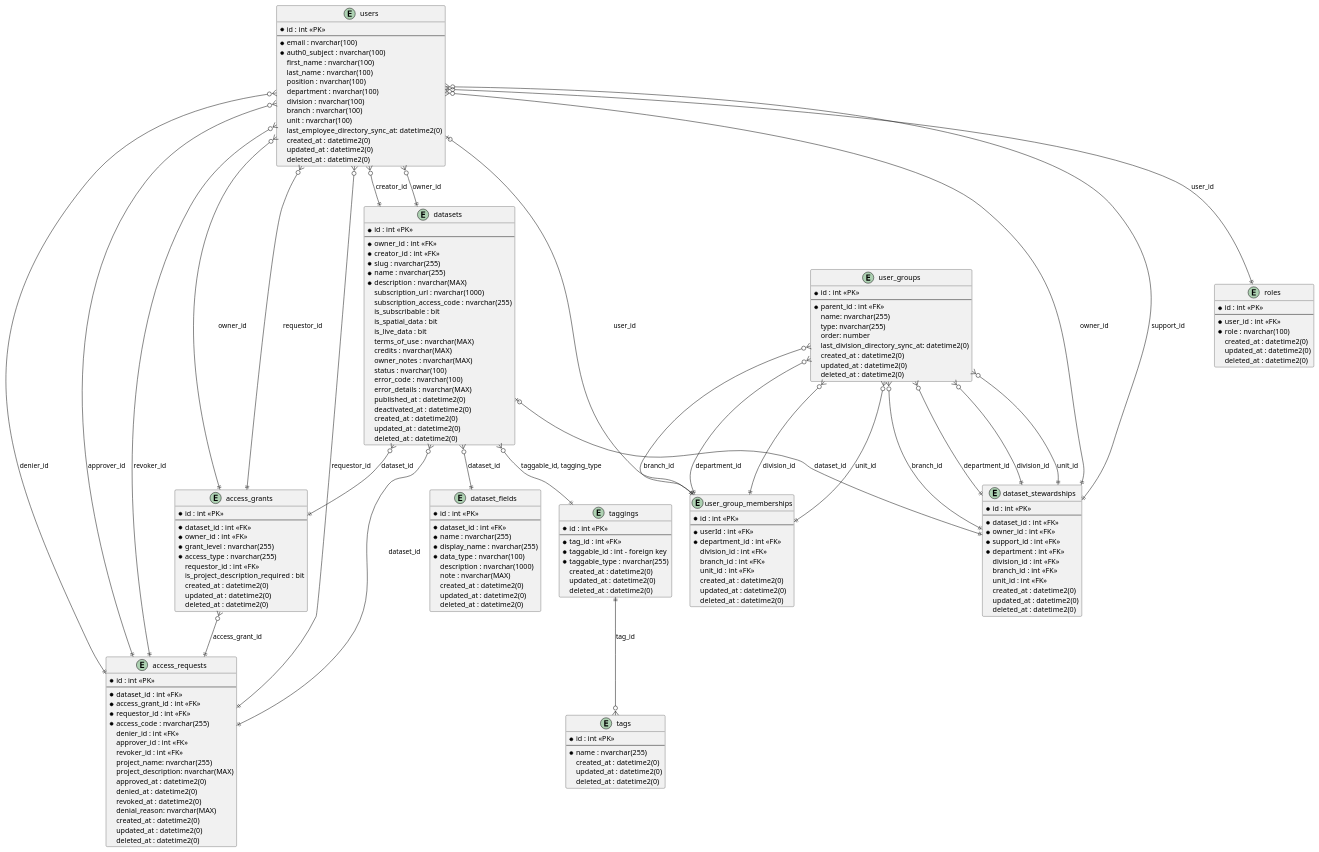
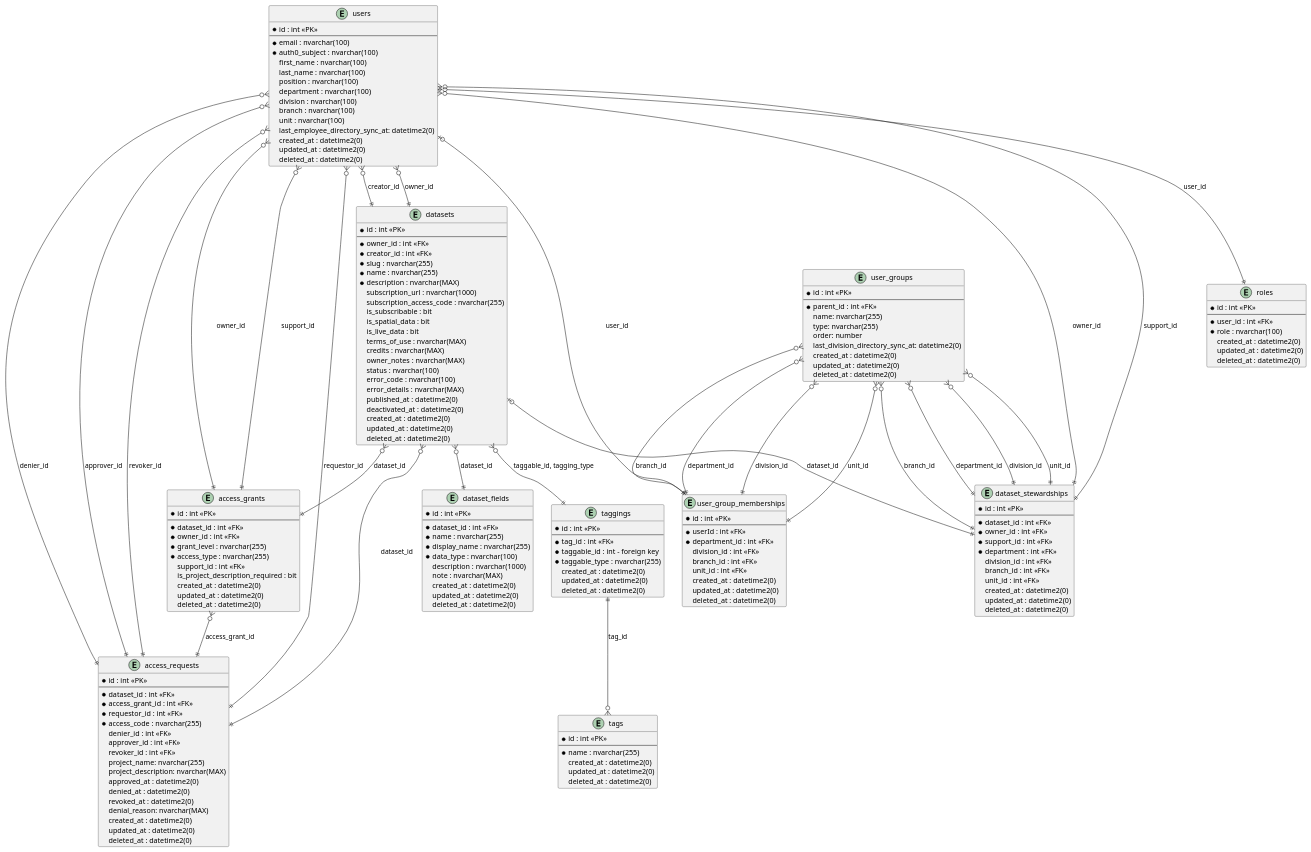
One commit to ytgov/internal-data-portal changed the diagram in _Design/Entity Relationship Diagrams.wsd. Above: the diagram before and after it, drawn with PlantUML. The commit also changed 1 other file, not shown here.

Commit message:
:tophat: Update entity relationship diagrams.

```diff
--- a/_Design/Entity Relationship Diagrams.wsd
+++ b/_Design/Entity Relationship Diagrams.wsd
@@ -1,195 +1,195 @@
 @startuml Entity Relationship Diagrams
 entity "access_grants" {
   * id : int <<PK>>
   --
   * dataset_id : int <<FK>>
   * owner_id : int <<FK>>
   * grant_level : nvarchar(255)
   * access_type : nvarchar(255)
-  requestor_id : int <<FK>>
+  support_id : int <<FK>>
   is_project_description_required : bit
   created_at : datetime2(0)
   updated_at : datetime2(0)
   deleted_at : datetime2(0)
 }
 
 entity "access_requests" {
   * id : int <<PK>>
   --
   * dataset_id : int <<FK>>
   * access_grant_id : int <<FK>>
   * requestor_id : int <<FK>>
   * access_code : nvarchar(255)
   denier_id : int <<FK>>
   approver_id : int <<FK>>
   revoker_id : int <<FK>>
   project_name: nvarchar(255)
   project_description: nvarchar(MAX)
   approved_at : datetime2(0)
   denied_at : datetime2(0)
   revoked_at : datetime2(0)
   denial_reason: nvarchar(MAX)
   created_at : datetime2(0)
   updated_at : datetime2(0)
   deleted_at : datetime2(0)
 }
 
 entity "dataset_fields" {
   * id : int <<PK>>
   --
   * dataset_id : int <<FK>>
   * name : nvarchar(255)
   * display_name : nvarchar(255)
   * data_type : nvarchar(100)
   description : nvarchar(1000)
   note : nvarchar(MAX)
   created_at : datetime2(0)
   updated_at : datetime2(0)
   deleted_at : datetime2(0)
 }
 
 entity "dataset_stewardships" {
   * id : int <<PK>>
   --
   * dataset_id : int <<FK>>
   * owner_id : int <<FK>>
   * support_id : int <<FK>>
   * department : int <<FK>>
   division_id : int <<FK>>
   branch_id : int <<FK>>
   unit_id : int <<FK>>
   created_at : datetime2(0)
   updated_at : datetime2(0)
   deleted_at : datetime2(0)
 }
 
 entity "datasets" {
   * id : int <<PK>>
   --
   * owner_id : int <<FK>>
   * creator_id : int <<FK>>
   * slug : nvarchar(255)
   * name : nvarchar(255)
   * description : nvarchar(MAX)
   subscription_url : nvarchar(1000)
   subscription_access_code : nvarchar(255)
   is_subscribable : bit
   is_spatial_data : bit
   is_live_data : bit
   terms_of_use : nvarchar(MAX)
   credits : nvarchar(MAX)
   owner_notes : nvarchar(MAX)
   status : nvarchar(100)
   error_code : nvarchar(100)
   error_details : nvarchar(MAX)
   published_at : datetime2(0)
   deactivated_at : datetime2(0)
   created_at : datetime2(0)
   updated_at : datetime2(0)
   deleted_at : datetime2(0)
 }
 
 entity "roles" {
   * id : int <<PK>>
   --
   * user_id : int <<FK>>
   * role : nvarchar(100)
   created_at : datetime2(0)
   updated_at : datetime2(0)
   deleted_at : datetime2(0)
 }
 
 entity "taggings" {
   * id : int <<PK>>
   --
   * tag_id : int <<FK>>
   * taggable_id : int - foreign key
   * taggable_type : nvarchar(255)
   created_at : datetime2(0)
   updated_at : datetime2(0)
   deleted_at : datetime2(0)
 }
 
 entity "tags" {
   * id : int <<PK>>
   --
   * name : nvarchar(255)
   created_at : datetime2(0)
   updated_at : datetime2(0)
   deleted_at : datetime2(0)
 }
 
 
 entity "user_group_memberships" {
   * id : int <<PK>>
   --
   * userId : int <<FK>>
   * department_id : int <<FK>>
   division_id : int <<FK>>
   branch_id : int <<FK>>
   unit_id : int <<FK>>
   created_at : datetime2(0)
   updated_at : datetime2(0)
   deleted_at : datetime2(0)
 }
 
 entity "user_groups" {
   * id : int <<PK>>
   --
   * parent_id : int <<FK>>
   name: nvarchar(255)
   type: nvarchar(255)
   order: number
   last_division_directory_sync_at: datetime2(0)
   created_at : datetime2(0)
   updated_at : datetime2(0)
   deleted_at : datetime2(0)
 }
 
 entity "users" {
   * id : int <<PK>>
   --
   * email : nvarchar(100)
   * auth0_subject : nvarchar(100)
   first_name : nvarchar(100)
   last_name : nvarchar(100)
   position : nvarchar(100)
   department : nvarchar(100)
   division : nvarchar(100)
   branch : nvarchar(100)
   unit : nvarchar(100)
   last_employee_directory_sync_at: datetime2(0)
   created_at : datetime2(0)
   updated_at : datetime2(0)
   deleted_at : datetime2(0)
 }
 
 ' Define relationships
 access_grants }o--|| access_requests : access_grant_id
 datasets }o--|| access_grants : dataset_id
 datasets }o--|| dataset_fields : dataset_id
 datasets }o--|| taggings : taggable_id, tagging_type
 datasets |o--|| dataset_stewardships : dataset_id
 datasets }o--|| access_requests : dataset_id
 taggings ||--o{ tags : tag_id
 user_groups }o--|| dataset_stewardships : branch_id
 user_groups }o--|| dataset_stewardships : department_id
 user_groups }o--|| dataset_stewardships : division_id
 user_groups }o--|| dataset_stewardships : unit_id
 user_groups }o--|| user_group_memberships : branch_id
 user_groups }o--|| user_group_memberships : department_id
 user_groups }o--|| user_group_memberships : division_id
 user_groups }o--|| user_group_memberships : unit_id
 users }o--|| access_grants : owner_id
-users }o--|| access_grants : requestor_id
+users }o--|| access_grants : support_id
 users }o--|| access_requests : requestor_id
 users }o--|| access_requests : denier_id
 users }o--|| access_requests : approver_id
 users }o--|| access_requests : revoker_id
 users }o--|| dataset_stewardships : owner_id
 users }o--|| dataset_stewardships : support_id
 users }o--|| datasets : creator_id
 users }o--|| datasets : owner_id
 users }o--|| roles : user_id
 users |o--|| user_group_memberships : user_id
 @enduml
```
